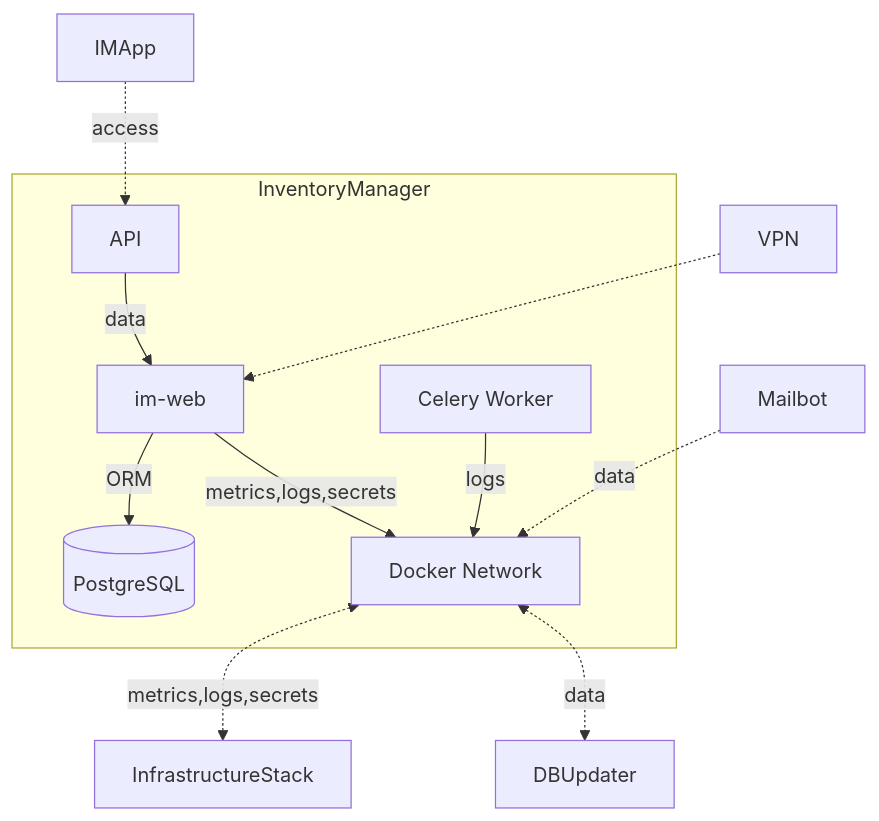
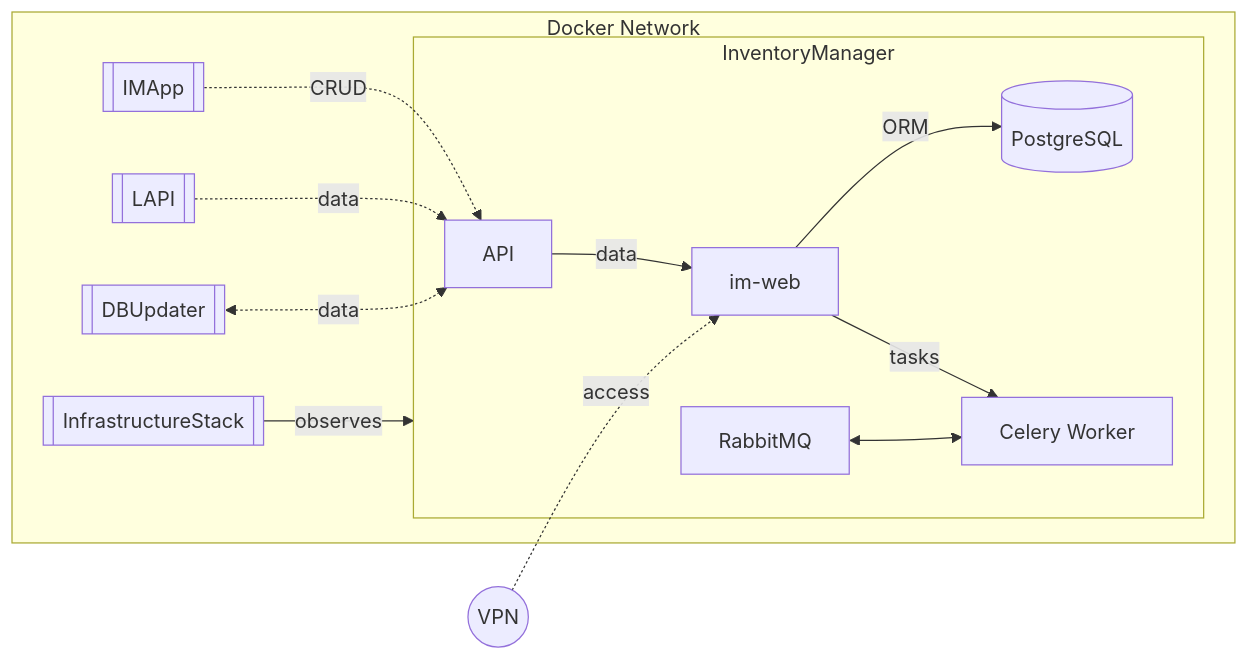
Before and after one commit to MKRO-JWL/pjs-ecosystem-docs: the fourth of 8 diagrams in SOFTWARE_ECOSYSTEM.md, drawn with Mermaid. The commit also changed other lines of this file, not shown here.

Commit message:
Sync from MKRO-JWL/InventoryManager

````diff
--- a/SOFTWARE_ECOSYSTEM.md
+++ b/SOFTWARE_ECOSYSTEM.md
@@ -287,20 +286,24 @@
 ```mermaid
-flowchart TD
+flowchart LR
     subgraph InventoryManager
         api[API]
         im-web --> |ORM| DB
-        celery[Celery Worker] --logs--> net
-        net[Docker Network]
+        im-web --> |tasks| celery
+        rabbit[RabbitMQ] <--> celery
+        celery[Celery Worker]
+        api -->|data| im-web
         DB[(PostgreSQL)]
     end
-    IMApp -.->|access| api
-    api -->|data| im-web
-    VPN -.-> im-web
-    dbu[DBUpdater]
-    is[InfrastructureStack]
-    mail[Mailbot]
-    im-web -->|metrics,logs,secrets| net
-    net <-.-> |metrics,logs,secrets| is
-    net <-.-> |data| dbu
-    mail -.->|data| net
+    
+    subgraph Docker Network
+        dbu[[DBUpdater]]
+        is[[InfrastructureStack]]
+        Lex[[LAPI]]
+        IMApp[[IMApp]] -.->|CRUD| api
+        Lex -.->|data| api
+        is --> |observes| InventoryManager
+        dbu <-.-> |data| api
+    end
+    VPN((VPN)) -.-> |access| im-web
+
 ```
````
